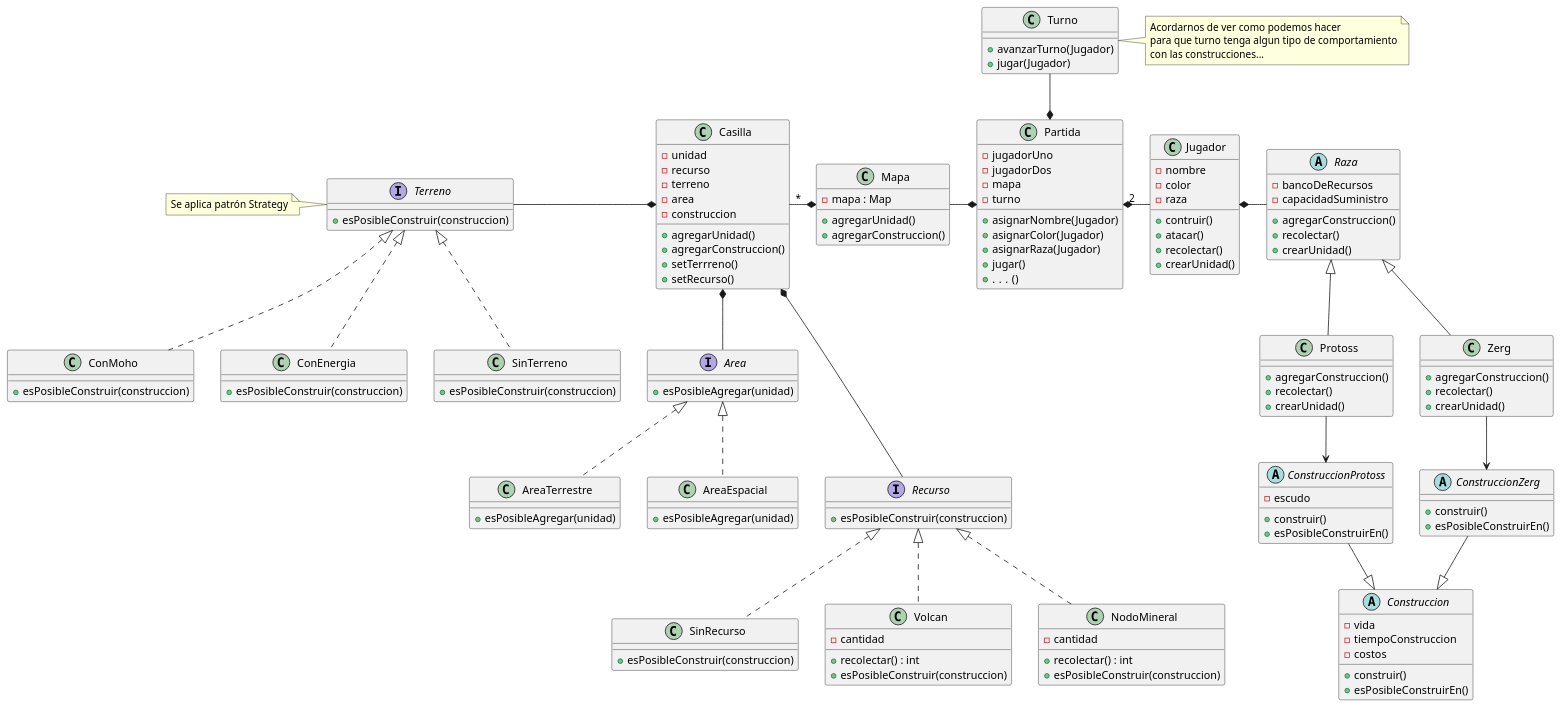
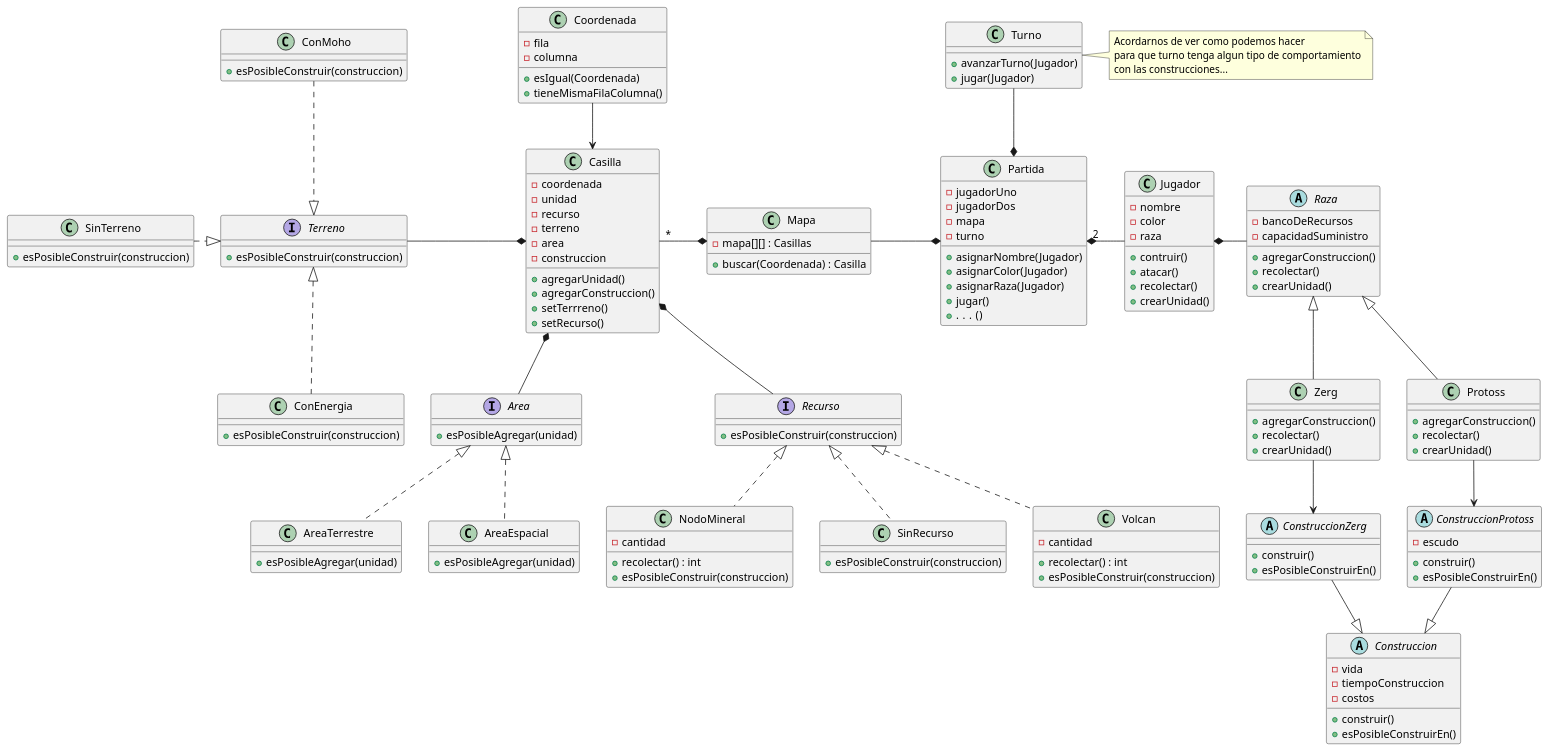
The diagram in diagrams/classes/Modelo3/ModeloGeneralVersion03.puml (GiaWong/Algo3_TP2_2C2022), drawn with PlantUML before and after one commit. The commit also changed 38 other files, not shown here.

```diff
--- a/diagrams/classes/Modelo3/ModeloGeneralVersion03.puml
+++ b/diagrams/classes/Modelo3/ModeloGeneralVersion03.puml
@@ -1,182 +1,188 @@
 @startuml
 'https://plantuml.com/class-diagram
 
 class Partida {
     - jugadorUno
     - jugadorDos
     - mapa
     - turno
 
     + asignarNombre(Jugador)
     + asignarColor(Jugador)
     + asignarRaza(Jugador)
     + jugar()
     + . . .  ()
 }
 
 class Jugador {
     - nombre
     - color
     - raza
 
     + contruir()
     + atacar()
     + recolectar()
     + crearUnidad()
 }
 
 abstract class Raza {
     - bancoDeRecursos
     - capacidadSuministro
 
     + agregarConstruccion()
     + recolectar()
     + crearUnidad()
 }
 
 class Zerg {
     + agregarConstruccion()
     + recolectar()
     + crearUnidad()
 }
 
 class Protoss {
     + agregarConstruccion()
     + recolectar()
     + crearUnidad()
 }
 
 abstract class Construccion {
     - vida
     - tiempoConstruccion
     - costos
     + construir()
     + esPosibleConstruirEn()
 }
 
 abstract class ConstruccionZerg {
     + construir()
     + esPosibleConstruirEn()
 }
 
 abstract class ConstruccionProtoss {
     - escudo
     + construir()
     + esPosibleConstruirEn()
 }
 
 class Mapa {
-    - mapa : Map
+    - mapa[][] : Casillas
 
-    + agregarUnidad()
-    + agregarConstruccion()
+    + buscar(Coordenada) : Casilla
 }
 
 class Casilla {
+    - coordenada
     - unidad
     - recurso
     - terreno
     - area
     - construccion
 
     + agregarUnidad()
     + agregarConstruccion()
     + setTerrreno()
     + setRecurso()
 }
 
+class Coordenada {
+    - fila
+    - columna
+
+    +esIgual(Coordenada)
+    +tieneMismaFilaColumna()
+}
+
 class SinRecurso {
     + esPosibleConstruir(construccion)
 }
 
 interface Terreno {
     + esPosibleConstruir(construccion)
 }
-
-interface Terreno
-note left: Se aplica patrón Strategy
 
 class ConMoho {
     + esPosibleConstruir(construccion)
 }
 
 class ConEnergia {
     + esPosibleConstruir(construccion)
 }
 
 class SinTerreno {
     + esPosibleConstruir(construccion)
 }
 
 class Volcan {
     - cantidad
     + recolectar() : int
     + esPosibleConstruir(construccion)
 }
 
 class NodoMineral {
     - cantidad
     + recolectar() : int
     + esPosibleConstruir(construccion)
 }
 
 class Turno {
 
    +avanzarTurno(Jugador)
    +jugar(Jugador)
 
 }
 note right
 Acordarnos de ver como podemos hacer
 para que turno tenga algun tipo de comportamiento
 con las construcciones...
 end note
 
 interface Recurso {
     + esPosibleConstruir(construccion)
 }
 
 
 
 Partida "2" *- Jugador
 Mapa -* Partida
 Partida *-up- Turno
 
 Jugador *- Raza
 Raza <|-- Zerg
 Raza <|-- Protoss
 
 Zerg --> ConstruccionZerg
 Protoss --> ConstruccionProtoss
 ConstruccionProtoss --|> Construccion
 ConstruccionZerg --|> Construccion
 
 Casilla "*" -* Mapa
 Terreno -* Casilla
+Coordenada --> Casilla
+Casilla *-- Recurso
 
-Casilla *--- Recurso
 Recurso <|.. Volcan
 Recurso <|.. NodoMineral
 Recurso <|.. SinRecurso
 
-Terreno <|.. ConMoho
+ConMoho ..|> Terreno
 Terreno <|.. ConEnergia
-Terreno <|.. SinTerreno
+SinTerreno .|> Terreno
 
 interface Area{
  +esPosibleAgregar(unidad)
 }
 class AreaTerrestre{
 +esPosibleAgregar(unidad)
 }
 class AreaEspacial{
 +esPosibleAgregar(unidad)
 }
 
 Casilla *-- Area
 Area <|.. AreaTerrestre
 Area <|.. AreaEspacial
 
 
 
 @enduml
```
